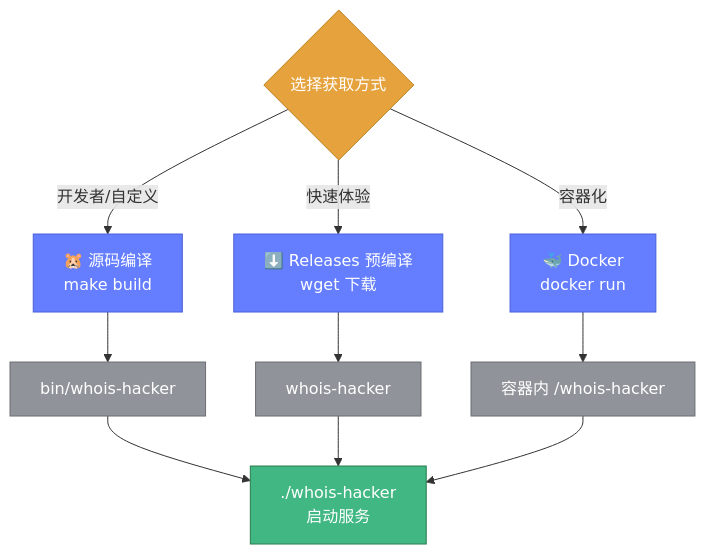
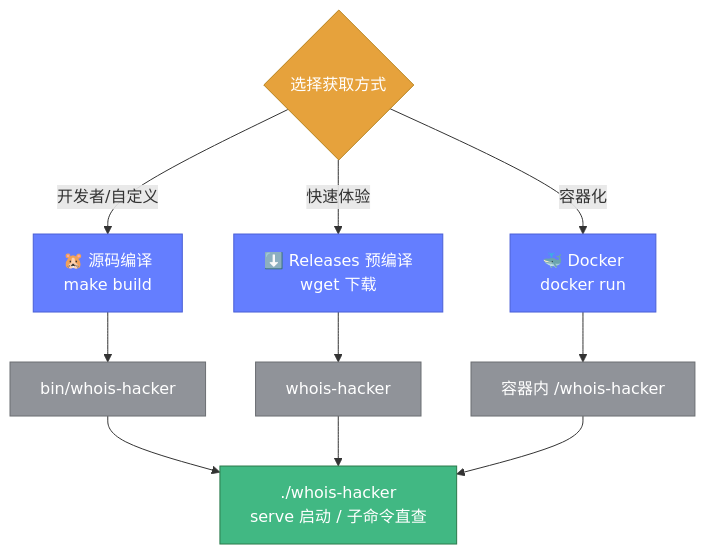
One commit to cyberspacesec/whois-skills changed the first of 4 diagrams in website/cli/usage.md. Above: the diagram before and after it, drawn with Mermaid. The commit also changed other lines of this file and 21 other files, not shown here.

````diff
--- a/website/cli/usage.md
+++ b/website/cli/usage.md
@@ -11,22 +18,22 @@
 ```mermaid
 flowchart TD
     Start{"选择获取方式"}
     Start -->|开发者/自定义| Src["🐹 源码编译<br/>make build"]
     Start -->|快速体验| Rel["⬇️ Releases 预编译<br/>wget 下载"]
     Start -->|容器化| Dock["🐳 Docker<br/>docker run"]
 
     Src --> Bin1["bin/whois-hacker"]
     Rel --> Bin2["whois-hacker"]
     Dock --> Bin3["容器内 /whois-hacker"]
 
-    Bin1 & Bin2 & Bin3 --> Run["./whois-hacker<br/>启动服务"]
+    Bin1 & Bin2 & Bin3 --> Run["./whois-hacker<br/>serve 启动 / 子命令直查"]
 
     classDef check fill:#e6a23c,color:#fff,stroke:#b7821c
     classDef way fill:#647eff,color:#fff,stroke:#4a5fd6
     classDef bin fill:#909399,color:#fff,stroke:#6b6e72
     classDef run fill:#41b883,color:#fff,stroke:#2b7a4b
     class Start check
     class Src,Rel,Dock way
     class Bin1,Bin2,Bin3 bin
     class Run run
 ```
````
